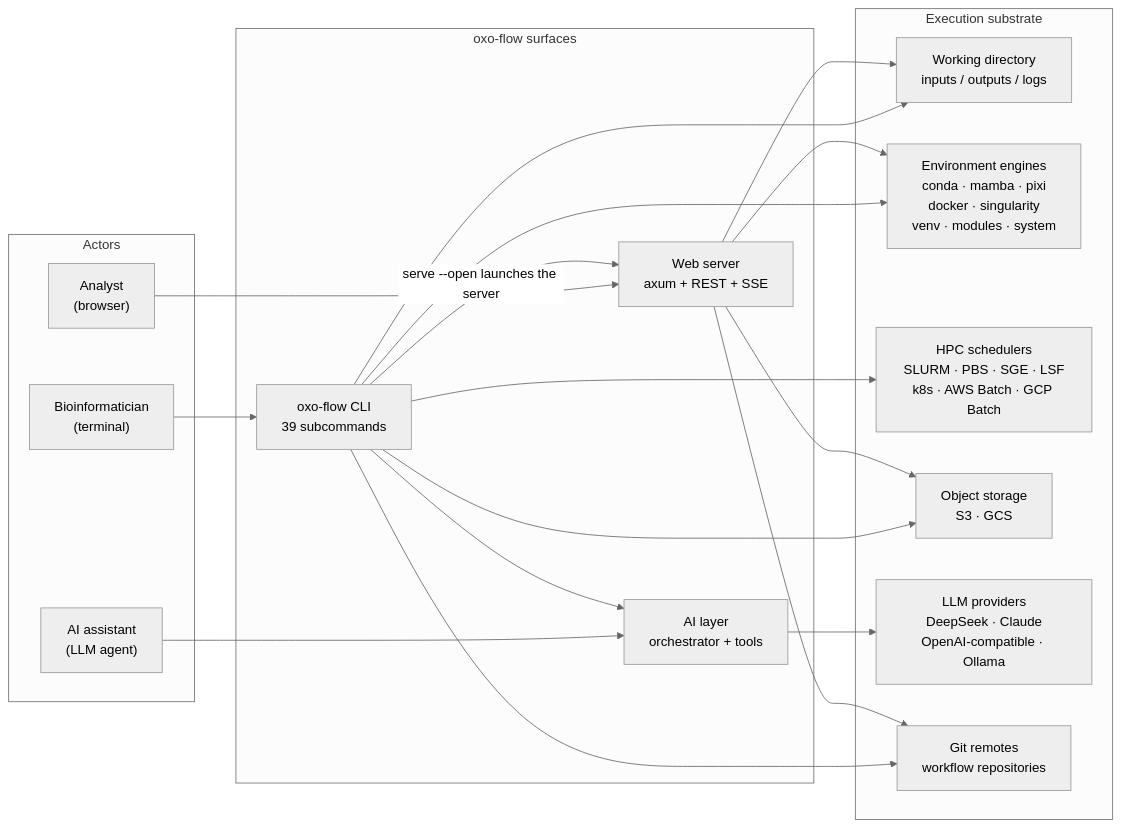
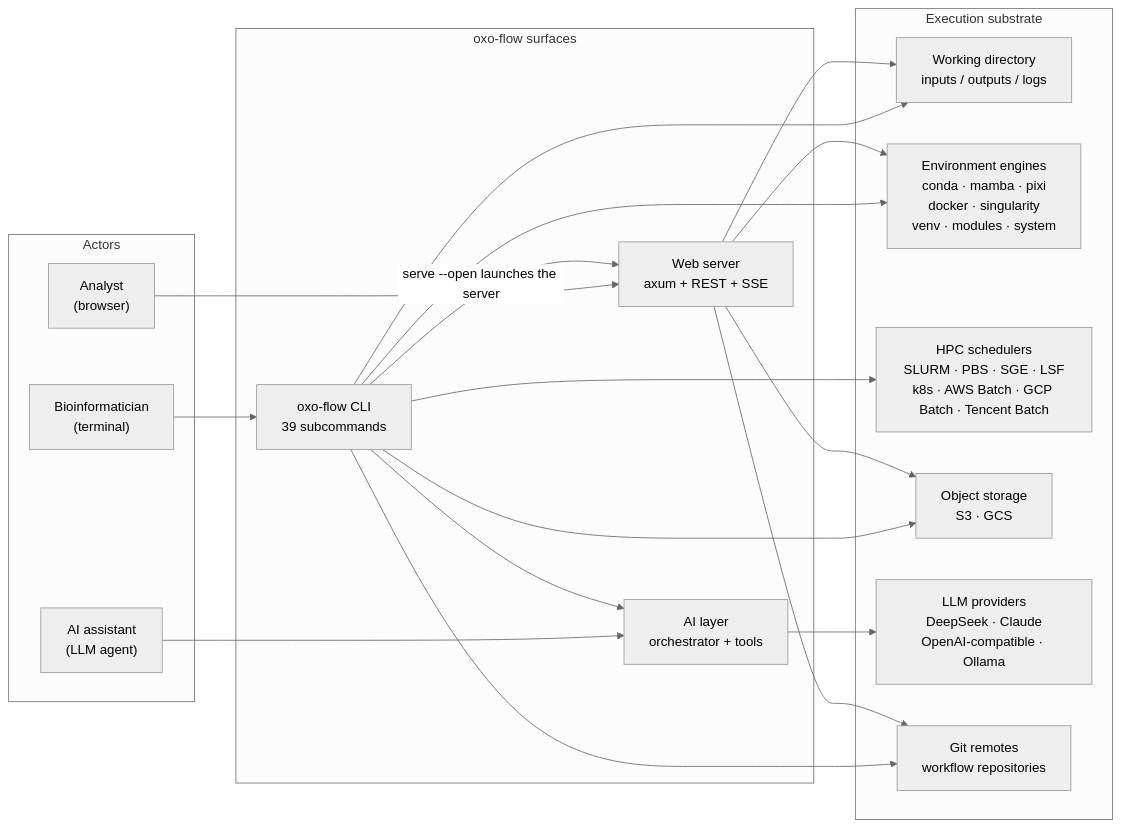
The first of 12 diagrams in docs/guide/src/reference/architecture.md (Traitome/oxo-flow), drawn with Mermaid (neutral theme) before and after one commit. The commit also changed other lines of this file and 15 other files, not shown here.

````diff
--- a/docs/guide/src/reference/architecture.md
+++ b/docs/guide/src/reference/architecture.md
@@ -50,40 +50,40 @@
 ```mermaid
 flowchart LR
     subgraph actors["Actors"]
         bio["Bioinformatician<br/>(terminal)"]
         webuser["Analyst<br/>(browser)"]
         agent["AI assistant<br/>(LLM agent)"]
     end
 
     subgraph surfaces["oxo-flow surfaces"]
         cli["oxo-flow CLI<br/>39 subcommands"]
         web["Web server<br/>axum + REST + SSE"]
         ai["AI layer<br/>orchestrator + tools"]
     end
 
     subgraph world["Execution substrate"]
         fs["Working directory<br/>inputs / outputs / logs"]
         env["Environment engines<br/>conda · mamba · pixi<br/>docker · singularity<br/>venv · modules · system"]
-        hpc["HPC schedulers<br/>SLURM · PBS · SGE · LSF<br/>k8s · AWS Batch · GCP Batch"]
+        hpc["HPC schedulers<br/>SLURM · PBS · SGE · LSF<br/>k8s · AWS Batch · GCP Batch · Tencent Batch"]
         obj["Object storage<br/>S3 · GCS"]
         llm["LLM providers<br/>DeepSeek · Claude<br/>OpenAI-compatible · Ollama"]
         git["Git remotes<br/>workflow repositories"]
     end
 
     bio --> cli
     webuser --> web
     cli -- "serve --open launches the server" --> web
     agent --> ai
     cli --> ai
 
     cli --> fs
     web --> fs
     cli --> env
     web --> env
     cli --> hpc
     cli --> obj
     web --> obj
     cli --> git
     web --> git
     ai --> llm
 ```
````
